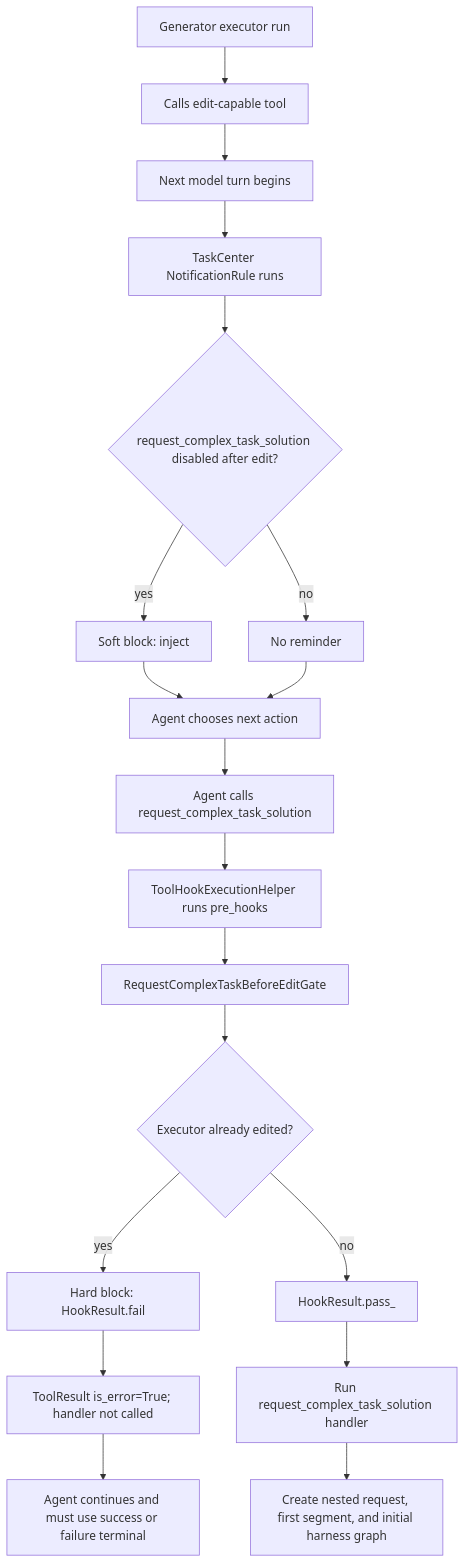
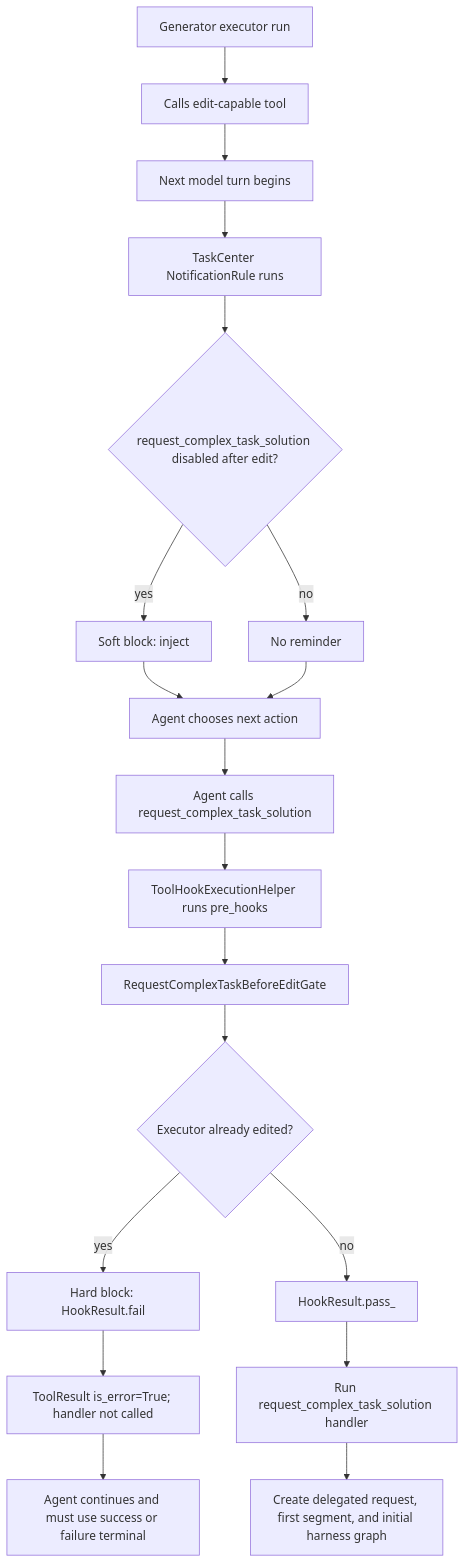
One commit to Ephemeral-AI-Lab/ephemeral-os changed the fifth of 5 diagrams in docs/architecture/task-center-harness-migration/phase-03-implementation-plan.md. Above: the diagram before and after it, drawn with Mermaid. The commit also changed other lines of this file and 25 other files, not shown here.

````diff
--- a/docs/architecture/task-center-harness-migration/phase-03-implementation-plan.md
+++ b/docs/architecture/task-center-harness-migration/phase-03-implementation-plan.md
@@ -277,26 +277,26 @@
 ```mermaid
 flowchart TD
     Executor["Generator executor run"] --> EditTool["Calls edit-capable tool"]
     EditTool --> NextTurn["Next model turn begins"]
 
     NextTurn --> SoftRule["TaskCenter NotificationRule runs"]
     SoftRule --> SoftCheck{"request_complex_task_solution disabled after edit?"}
     SoftCheck -->|"yes"| Reminder["Soft block: inject <system-reminder>"]
     SoftCheck -->|"no"| NoReminder["No reminder"]
 
     Reminder --> AgentChoice["Agent chooses next action"]
     NoReminder --> AgentChoice
 
     AgentChoice --> HandoffCall["Agent calls request_complex_task_solution"]
     HandoffCall --> HookRunner["ToolHookExecutionHelper runs pre_hooks"]
     HookRunner --> HardGate["RequestComplexTaskBeforeEditGate"]
     HardGate --> HardCheck{"Executor already edited?"}
 
     HardCheck -->|"yes"| Deny["Hard block: HookResult.fail"]
     Deny --> ErrorResult["ToolResult is_error=True; handler not called"]
     ErrorResult --> Continue["Agent continues and must use success or failure terminal"]
 
     HardCheck -->|"no"| Allow["HookResult.pass_"]
     Allow --> Handler["Run request_complex_task_solution handler"]
-    Handler --> Handoff["Create nested request, first segment, and initial harness graph"]
+    Handler --> Handoff["Create delegated request, first segment, and initial harness graph"]
 ```
````
